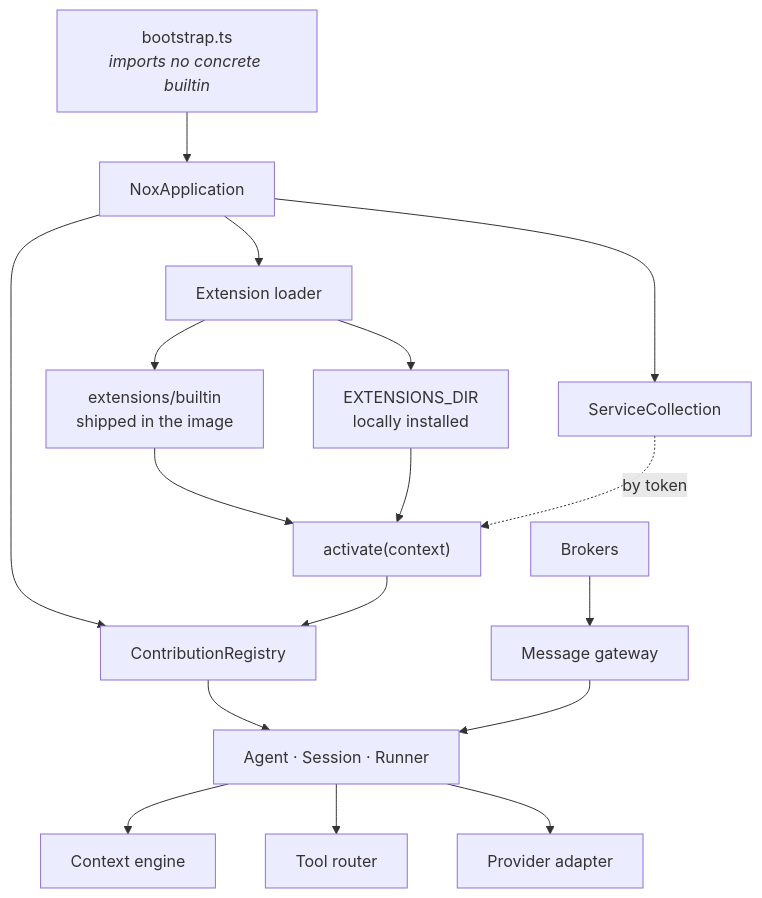
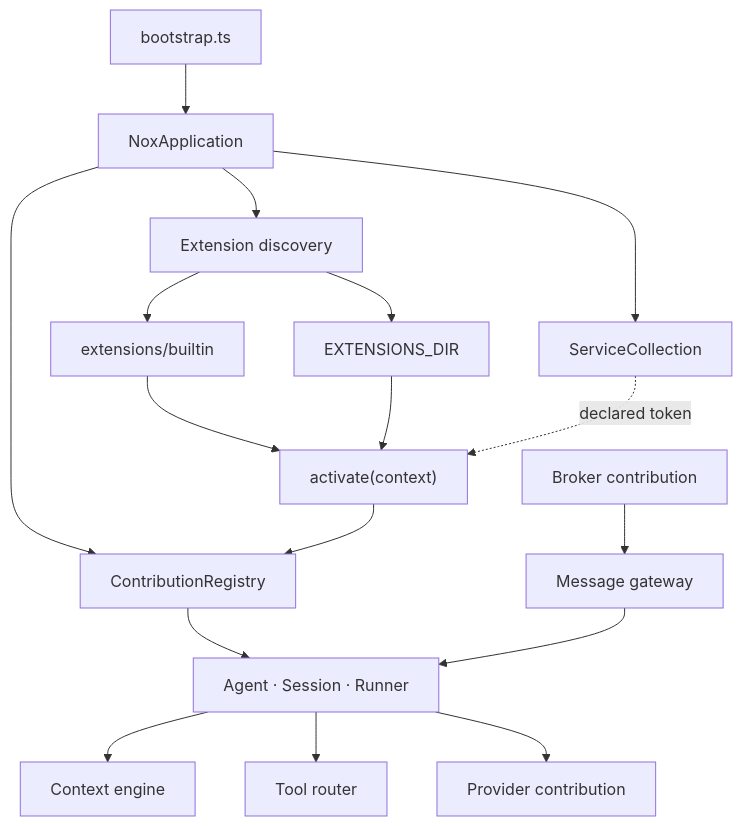
Before and after one commit to Wirhoss/nox: the diagram in docs/architecture.md, drawn with Mermaid. The commit also changed other lines of this file and 82 other files, not shown here.

````diff
--- a/docs/architecture.md
+++ b/docs/architecture.md
@@ -82,21 +91,21 @@
 ```mermaid
 flowchart TB
-  BOOT["bootstrap.ts<br/><i>imports no concrete builtin</i>"] --> APP["NoxApplication"]
+  BOOT["bootstrap.ts"] --> APP["NoxApplication"]
   APP --> REG["ContributionRegistry"]
   APP --> SVC["ServiceCollection"]
-  APP --> LOAD["Extension loader"]
+  APP --> LOAD["Extension discovery"]
 
-  LOAD --> D1["extensions/builtin<br/>shipped in the image"]
-  LOAD --> D2["EXTENSIONS_DIR<br/>locally installed"]
+  LOAD --> D1["extensions/builtin"]
+  LOAD --> D2["EXTENSIONS_DIR"]
   D1 --> ACT["activate(context)"]
   D2 --> ACT
   ACT --> REG
-  SVC -.->|"by token"| ACT
+  SVC -.->|"declared token"| ACT
 
   REG --> AGENT["Agent · Session · Runner"]
   AGENT --> CTXE["Context engine"]
   AGENT --> ROUTER["Tool router"]
-  AGENT --> PROV["Provider adapter"]
+  AGENT --> PROV["Provider contribution"]
   GW["Message gateway"] --> AGENT
-  BRK["Brokers"] --> GW
+  BRK["Broker contribution"] --> GW
 ```
````
